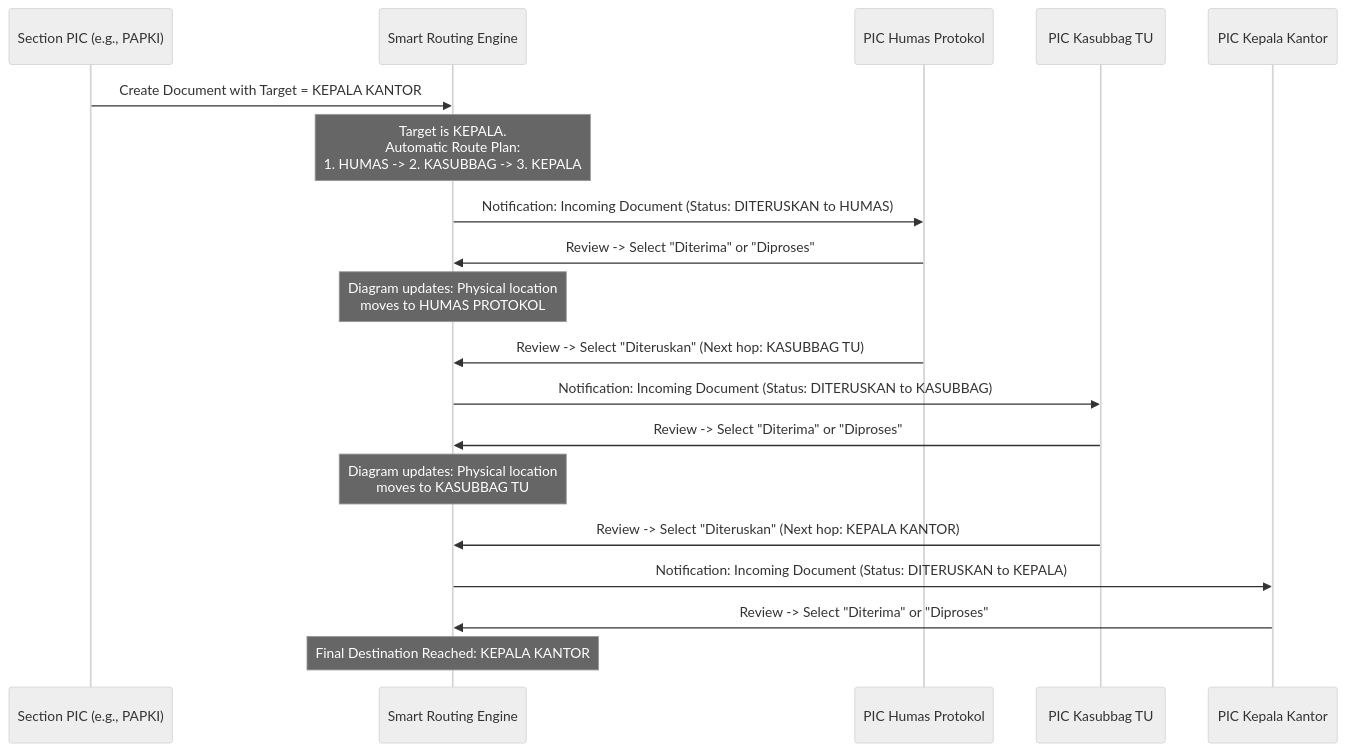
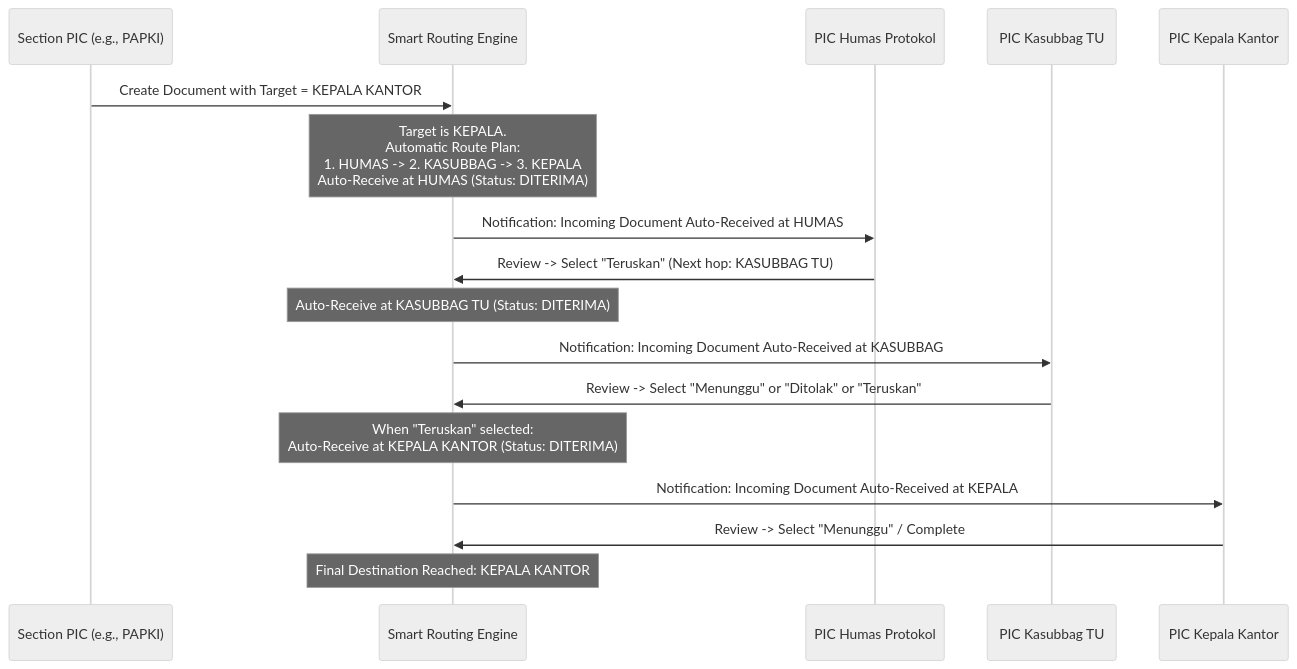
The second of 2 diagrams in ARCHITECTURE.md (emenace/dokutra), drawn with Mermaid (neutral theme) before and after one commit. The commit also changed other lines of this file and 17 other files, not shown here.

Commit message:
Big Incoming Document Alert, Auto-Receive & Review Workflow

````diff
--- a/ARCHITECTURE.md
+++ b/ARCHITECTURE.md
@@ -93,22 +93,20 @@
 ```mermaid
 sequenceDiagram
     participant UserSection as Section PIC (e.g., PAPKI)
     participant Engine as Smart Routing Engine
     participant Humas as PIC Humas Protokol
     participant Kasubbag as PIC Kasubbag TU
     participant Kepala as PIC Kepala Kantor
 
     UserSection->>Engine: Create Document with Target = KEPALA KANTOR
-    Note over Engine: Target is KEPALA.<br/>Automatic Route Plan:<br/>1. HUMAS -> 2. KASUBBAG -> 3. KEPALA
-    Engine->>Humas: Notification: Incoming Document (Status: DITERUSKAN to HUMAS)
-    Humas->>Engine: Review -> Select "Diterima" or "Diproses"
-    Note over Engine: Diagram updates: Physical location<br/>moves to HUMAS PROTOKOL
-    Humas->>Engine: Review -> Select "Diteruskan" (Next hop: KASUBBAG TU)
-    Engine->>Kasubbag: Notification: Incoming Document (Status: DITERUSKAN to KASUBBAG)
-    Kasubbag->>Engine: Review -> Select "Diterima" or "Diproses"
-    Note over Engine: Diagram updates: Physical location<br/>moves to KASUBBAG TU
-    Kasubbag->>Engine: Review -> Select "Diteruskan" (Next hop: KEPALA KANTOR)
-    Engine->>Kepala: Notification: Incoming Document (Status: DITERUSKAN to KEPALA)
-    Kepala->>Engine: Review -> Select "Diterima" or "Diproses"
+    Note over Engine: Target is KEPALA.<br/>Automatic Route Plan:<br/>1. HUMAS -> 2. KASUBBAG -> 3. KEPALA<br/>Auto-Receive at HUMAS (Status: DITERIMA)
+    Engine->>Humas: Notification: Incoming Document Auto-Received at HUMAS
+    Humas->>Engine: Review -> Select "Teruskan" (Next hop: KASUBBAG TU)
+    Note over Engine: Auto-Receive at KASUBBAG TU (Status: DITERIMA)
+    Engine->>Kasubbag: Notification: Incoming Document Auto-Received at KASUBBAG
+    Kasubbag->>Engine: Review -> Select "Menunggu" or "Ditolak" or "Teruskan"
+    Note over Engine: When "Teruskan" selected:<br/>Auto-Receive at KEPALA KANTOR (Status: DITERIMA)
+    Engine->>Kepala: Notification: Incoming Document Auto-Received at KEPALA
+    Kepala->>Engine: Review -> Select "Menunggu" / Complete
     Note over Engine: Final Destination Reached: KEPALA KANTOR
 ```
````
